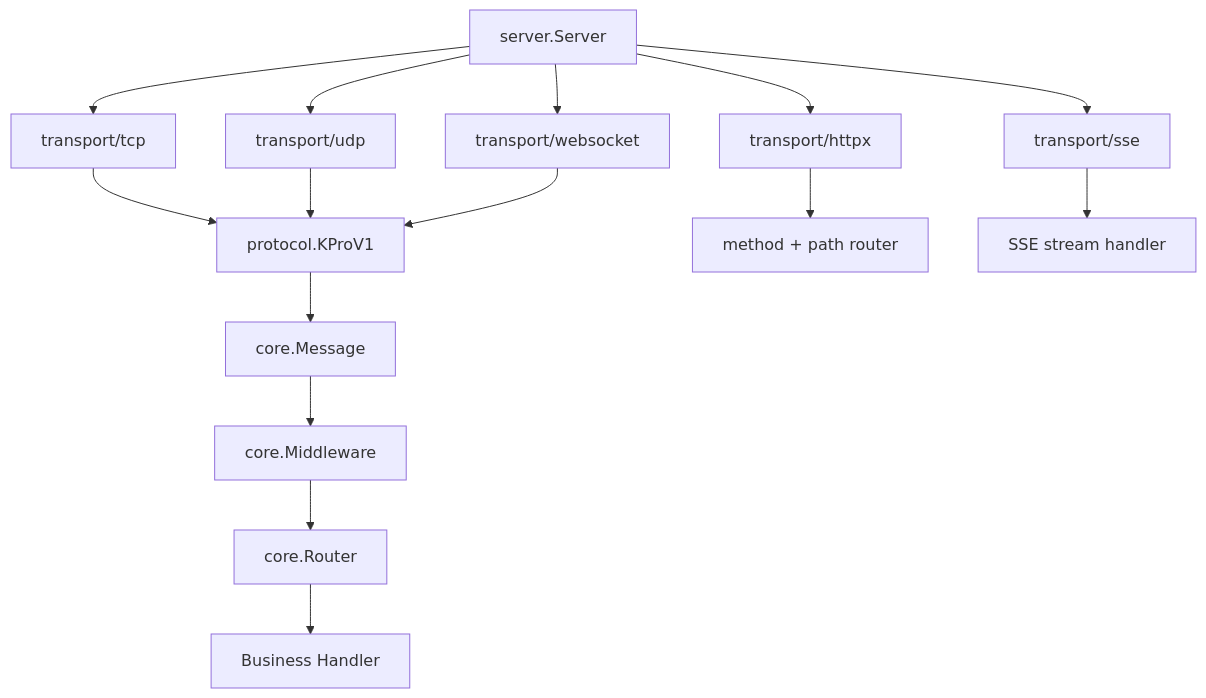
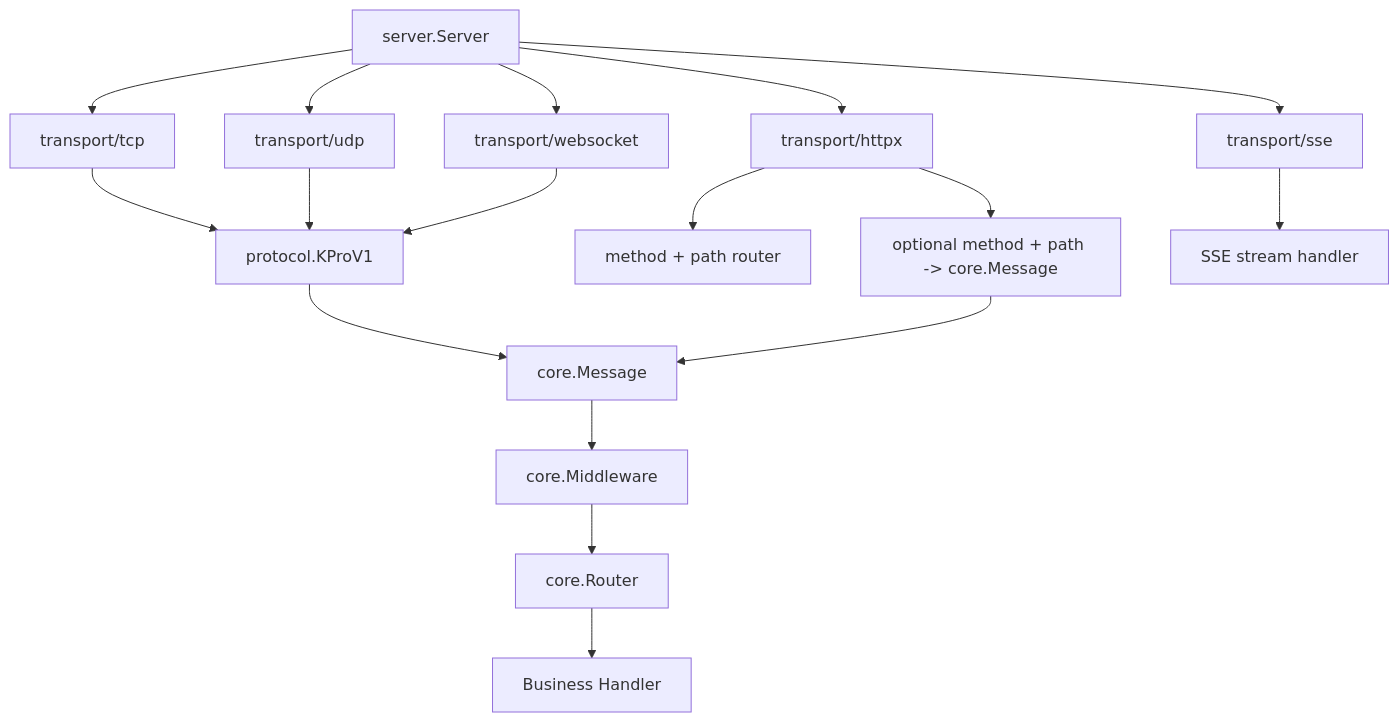
The first of 3 diagrams in README.md (saramand9/kpro), drawn with Mermaid before and after one commit. The commit also changed other lines of this file and 27 other files, not shown here.

````diff
--- a/README.md
+++ b/README.md
@@ -33,20 +33,22 @@
 ```mermaid
 flowchart TD
     App[server.Server] --> TCP[transport/tcp]
     App --> UDP[transport/udp]
     App --> WS[transport/websocket]
     App --> HTTP[transport/httpx]
     App --> SSE[transport/sse]
 
     TCP --> Protocol[protocol.KProV1]
     UDP --> Protocol
     WS --> Protocol
 
     Protocol --> Message[core.Message]
     Message --> Middleware[core.Middleware]
     Middleware --> Router[core.Router]
     Router --> Handler[Business Handler]
 
     HTTP --> HTTPRouter[method + path router]
+    HTTP --> HTTPMessage[optional method + path -> core.Message]
+    HTTPMessage --> Message
     SSE --> SSEHandler[SSE stream handler]
 ```
````
